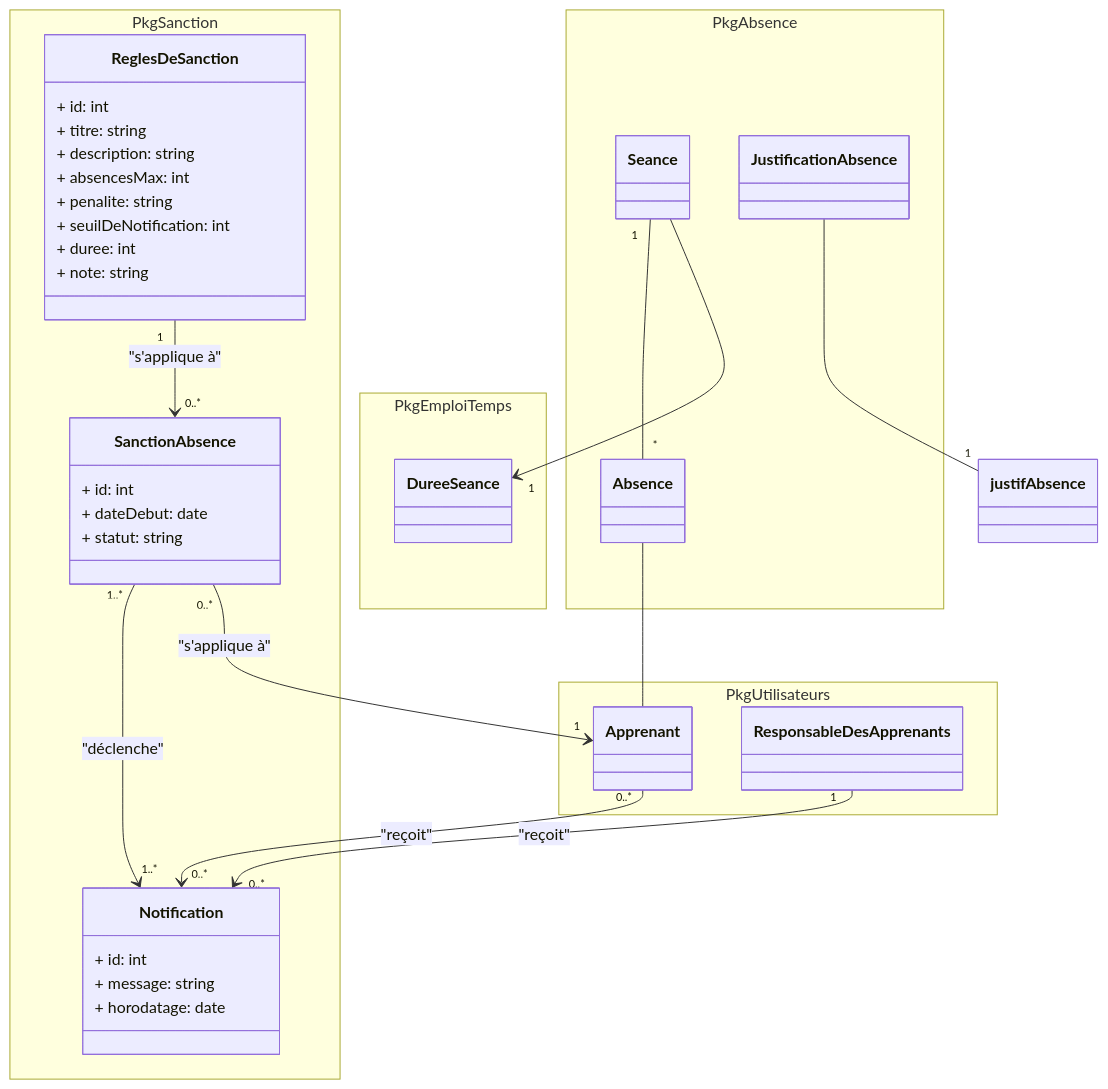
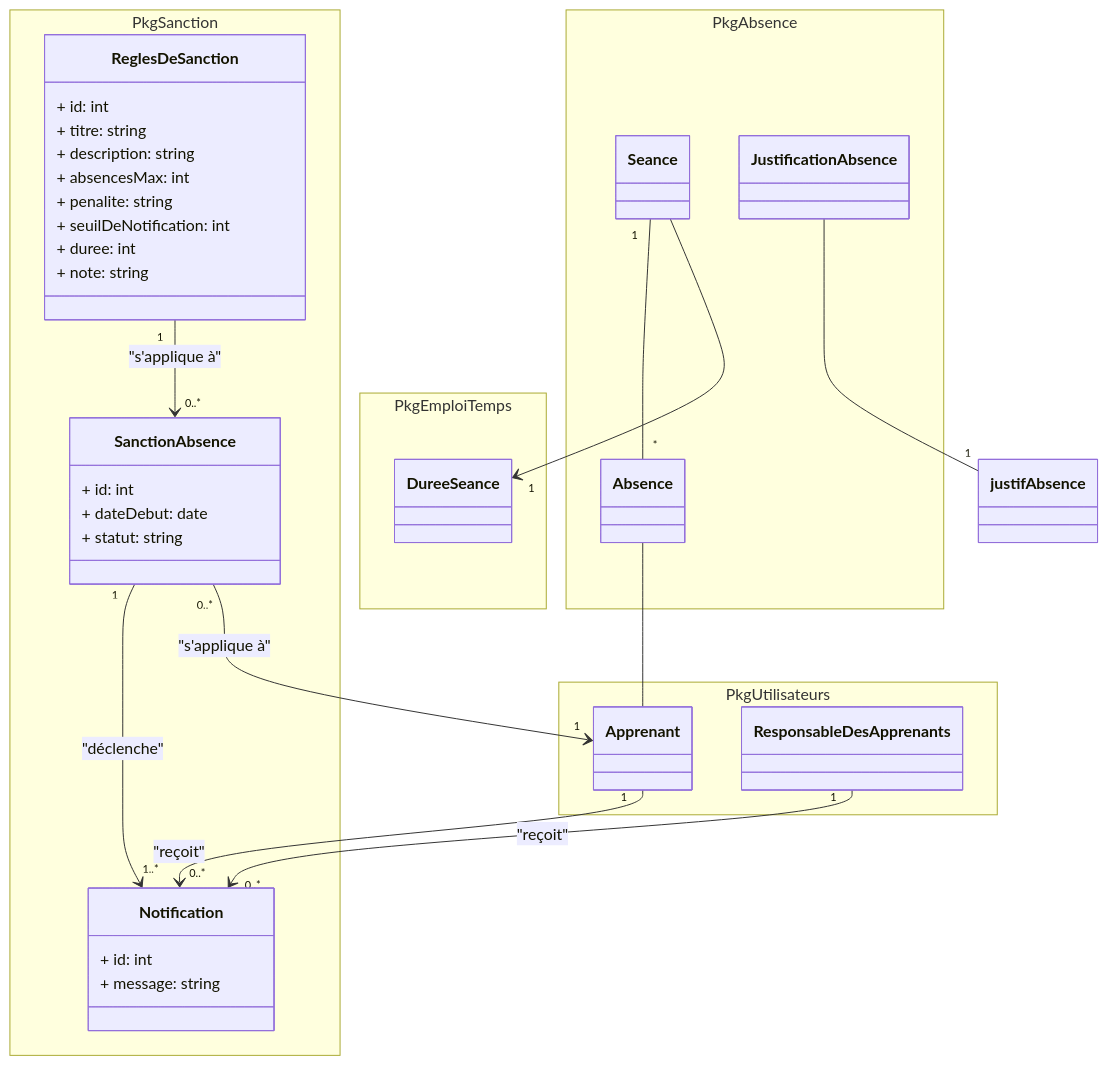
One commit to Tribak-Ayoub/Project-fil-rouge changed the diagram in Design/Class Diagram/Class-Diagram.mmd. Above: the diagram before and after it, drawn with Mermaid.

```diff
--- a/Design/Class Diagram/Class-Diagram.mmd
+++ b/Design/Class Diagram/Class-Diagram.mmd
@@ -1,57 +1,56 @@
 classDiagram
 
 namespace PkgSanction {
   class SanctionAbsence
   class ReglesDeSanction
   class Notification
 }
 
 class SanctionAbsence{
   + id: int
   + dateDebut: date
   + statut: string
 }
 
 class ReglesDeSanction{
   + id: int
   + titre: string
   + description: string
   + absencesMax: int
   + penalite: string
   + seuilDeNotification: int
   + duree: int
   + note: string
 }
 
 class Notification {
    + id: int
    + message: string
-   + horodatage: date
 }
 
 namespace PkgUtilisateurs {
 class Apprenant
 class ResponsableDesApprenants
 }
 
 namespace PkgAbsence {
   class Absence
   class Seance
   class JustificationAbsence
 }
  
 namespace PkgEmploiTemps {
   class DureeSeance
 }
 
 Absence -- Apprenant
 Seance "1" -- "*" Absence
 Seance  --> "1" DureeSeance
 
 JustificationAbsence --  "1" justifAbsence
 
 ReglesDeSanction "1" --> "0..*" SanctionAbsence : "s'applique à"
-SanctionAbsence "1..*" --> "1..*" Notification : "déclenche"
+SanctionAbsence "1" --> "1..*" Notification : "déclenche"
 SanctionAbsence "0..*" --> "1" Apprenant : "s'applique à"
-Apprenant "0..*" --> "0..*" Notification : "reçoit"
+Apprenant "1" --> "0..*" Notification : "reçoit"
 ResponsableDesApprenants "1" --> "0..*" Notification : "reçoit"
```
